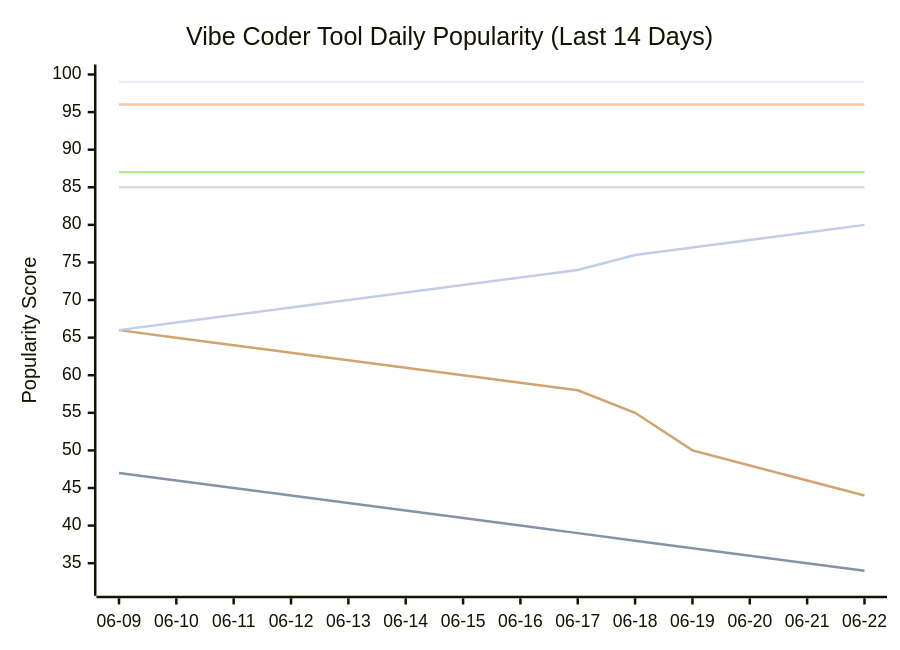
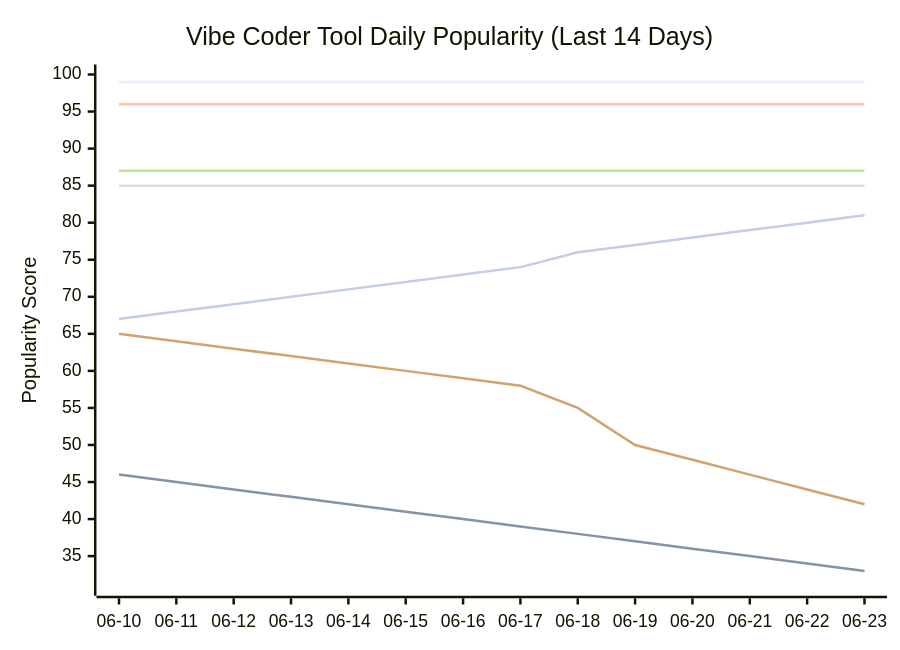
The seventh of 11 diagrams in README.md (tykimos/ai-whatchelin), drawn with Mermaid before and after one commit. The commit also changed other lines of this file and 4 other files, not shown here.

````diff
--- a/README.md
+++ b/README.md
@@ -1699,13 +1706,13 @@
 ```mermaid
 xychart-beta
     title "Vibe Coder Tool Daily Popularity (Last 14 Days)"
-    x-axis ["06-09", "06-10", "06-11", "06-12", "06-13", "06-14", "06-15", "06-16", "06-17", "06-18", "06-19", "06-20", "06-21", "06-22"]
-    y-axis "Popularity Score" 32 --> 100
+    x-axis ["06-10", "06-11", "06-12", "06-13", "06-14", "06-15", "06-16", "06-17", "06-18", "06-19", "06-20", "06-21", "06-22", "06-23"]
+    y-axis "Popularity Score" 31 --> 100
     line "Claude Code" [99, 99, 99, 99, 99, 99, 99, 99, 99, 99, 99, 99, 99, 99]
-    line "GH Copilot" [47, 46, 45, 44, 43, 42, 41, 40, 39, 38, 37, 36, 35, 34]
+    line "GH Copilot" [46, 45, 44, 43, 42, 41, 40, 39, 38, 37, 36, 35, 34, 33]
     line "Cursor" [96, 96, 96, 96, 96, 96, 96, 96, 96, 96, 96, 96, 96, 96]
     line "Windsurf" [85, 85, 85, 85, 85, 85, 85, 85, 85, 85, 85, 85, 85, 85]
     line "Codex CLI" [87, 87, 87, 87, 87, 87, 87, 87, 87, 87, 87, 87, 87, 87]
-    line "Gemini CLI" [66, 65, 64, 63, 62, 61, 60, 59, 58, 55, 50, 48, 46, 44]
-    line "Antigravity" [66, 67, 68, 69, 70, 71, 72, 73, 74, 76, 77, 78, 79, 80]
+    line "Gemini CLI" [65, 64, 63, 62, 61, 60, 59, 58, 55, 50, 48, 46, 44, 42]
+    line "Antigravity" [67, 68, 69, 70, 71, 72, 73, 74, 76, 77, 78, 79, 80, 81]
 ```
````
